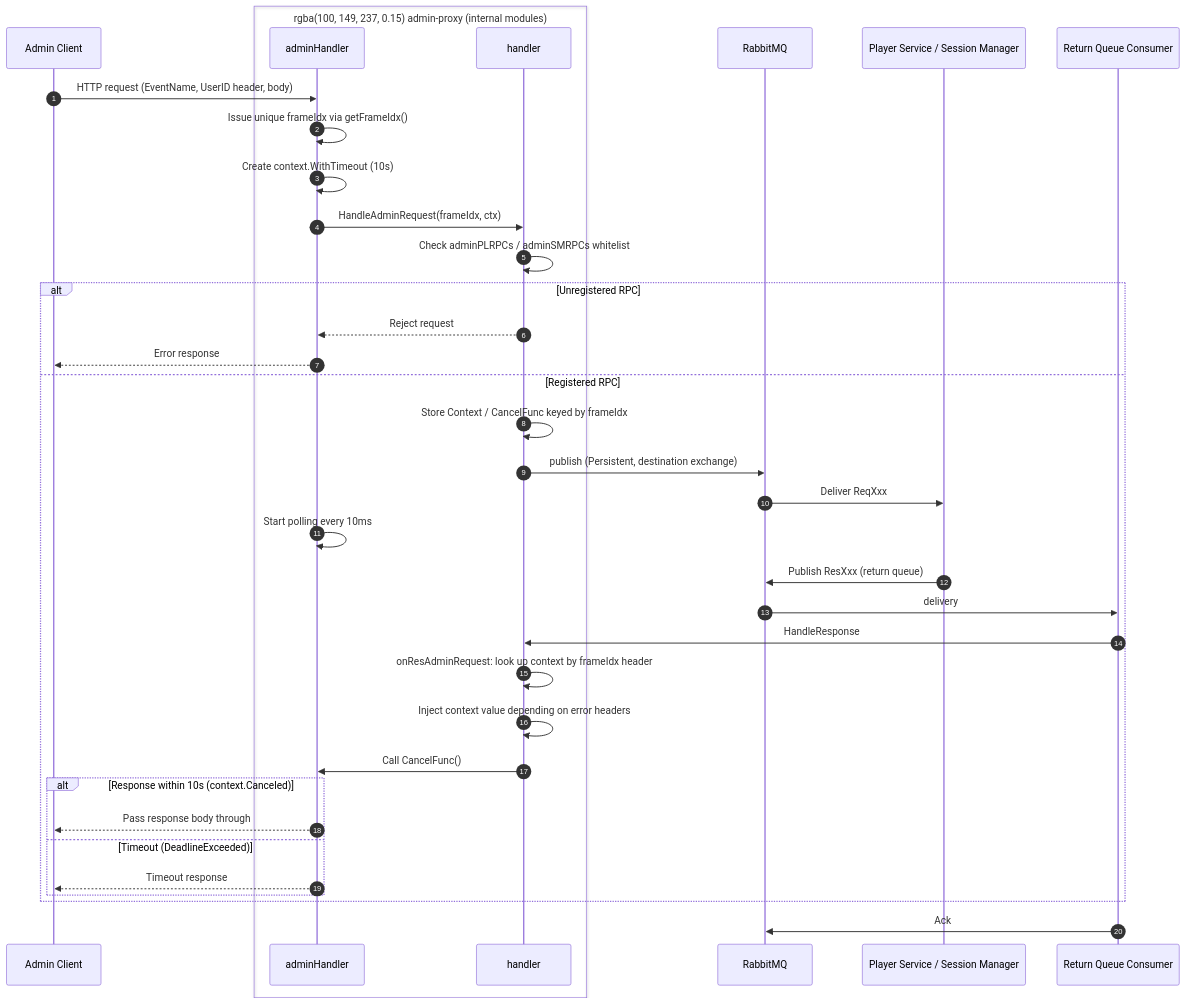
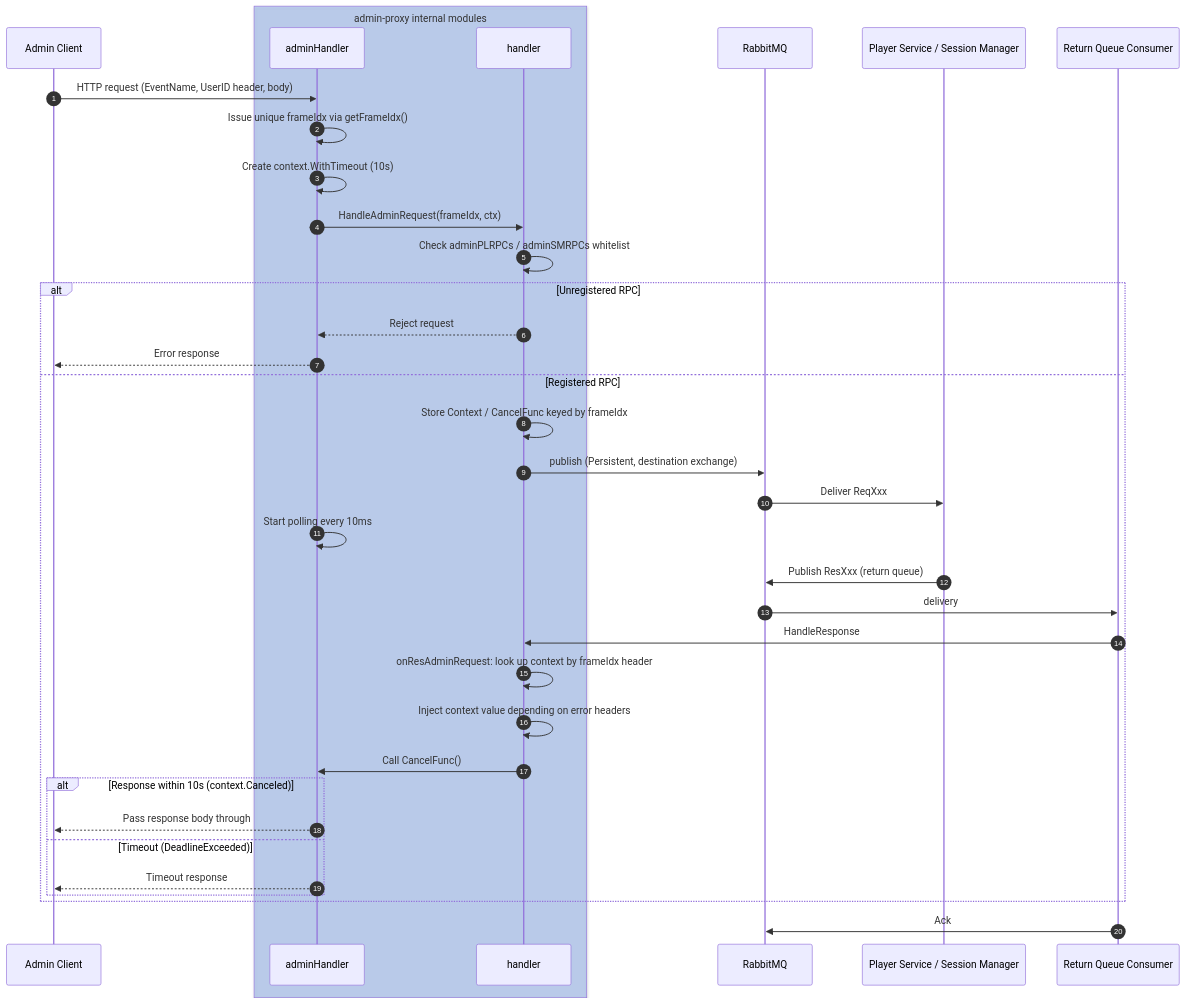
The second of 2 diagrams in Backend/adminproxy/README_EN.md (woodsshin/GameServer), drawn with Mermaid before and after one commit. The commit also changed 1 other file, not shown here.

Commit message:
다이어그램 수정

````diff
--- a/Backend/adminproxy/README_EN.md
+++ b/Backend/adminproxy/README_EN.md
@@ -36,42 +36,42 @@
 ```mermaid
 sequenceDiagram
     autonumber
     participant C as Admin Client
-    box rgba(100, 149, 237, 0.15) admin-proxy (internal modules)
+    box rgba(100,149,237,0.35) admin-proxy internal modules
         participant A as adminHandler
         participant H as handler
     end
     participant MQ as RabbitMQ
     participant S as Player Service / Session Manager
     participant L as Return Queue Consumer
 
     C->>A: HTTP request (EventName, UserID header, body)
     A->>A: Issue unique frameIdx via getFrameIdx()
     A->>A: Create context.WithTimeout (10s)
     A->>H: HandleAdminRequest(frameIdx, ctx)
     H->>H: Check adminPLRPCs / adminSMRPCs whitelist
 
     alt Unregistered RPC
         H-->>A: Reject request
         A-->>C: Error response
     else Registered RPC
         H->>H: Store Context / CancelFunc keyed by frameIdx
         H->>MQ: publish (Persistent, destination exchange)
         MQ->>S: Deliver ReqXxx
         A->>A: Start polling every 10ms
 
         S->>MQ: Publish ResXxx (return queue)
         MQ->>L: delivery
         L->>H: HandleResponse
         H->>H: onResAdminRequest: look up context by frameIdx header
         H->>H: Inject context value depending on error headers
         H->>A: Call CancelFunc()
 
         alt Response within 10s (context.Canceled)
             A-->>C: Pass response body through
         else Timeout (DeadlineExceeded)
             A-->>C: Timeout response
         end
     end
     L->>MQ: Ack
 ```
````
